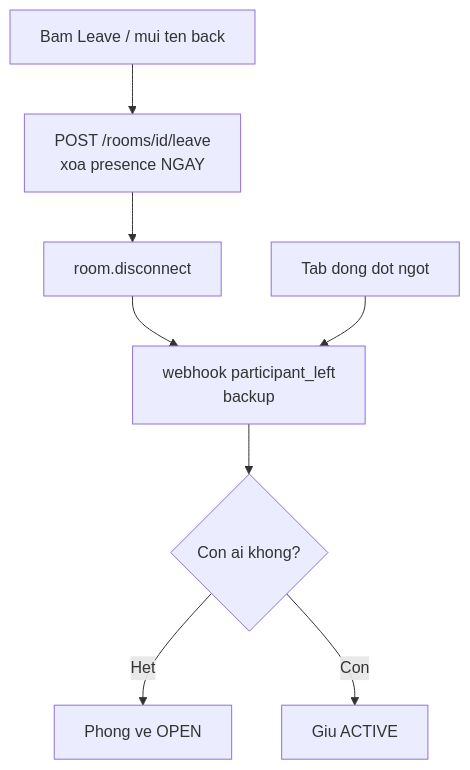
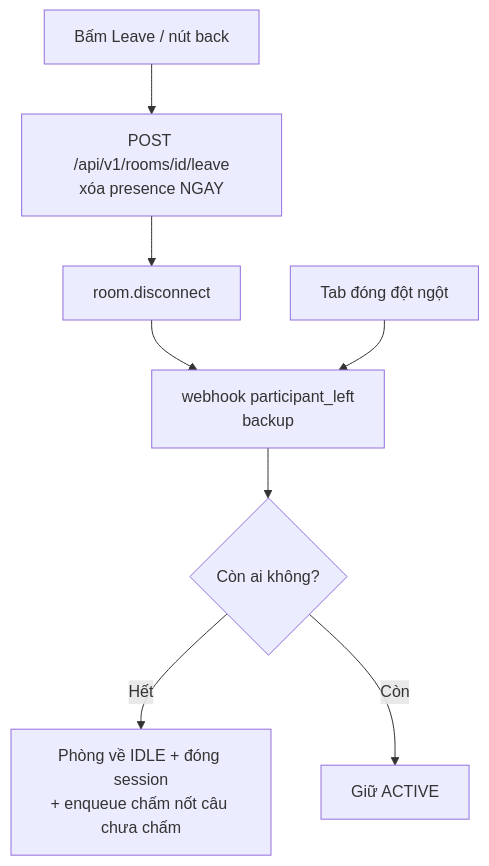
The second of 14 diagrams in docs/workflow.md (bexanhtuoi/E-Room), drawn with Mermaid before and after one commit. The commit also changed other lines of this file and 7 other files, not shown here.

````diff
--- a/docs/workflow.md
+++ b/docs/workflow.md
@@ -24,10 +25,10 @@
 ```mermaid
 flowchart TD
-    A[Bam Leave / mui ten back] --> B[POST /rooms/id/leave<br/>xoa presence NGAY]
+    A[Bấm Leave / nút back] --> B[POST /api/v1/rooms/id/leave<br/>xóa presence NGAY]
     B --> C[room.disconnect]
     C --> D[webhook participant_left<br/>backup]
-    D --> E{Con ai khong?}
-    E -->|Het| F[Phong ve OPEN]
-    E -->|Con| G[Giu ACTIVE]
-    H[Tab dong dot ngot] --> D
+    D --> E{Còn ai không?}
+    E -->|Hết| F[Phòng về IDLE + đóng session<br/>+ enqueue chấm nốt câu chưa chấm]
+    E -->|Còn| G[Giữ ACTIVE]
+    H[Tab đóng đột ngột] --> D
 ```
````
